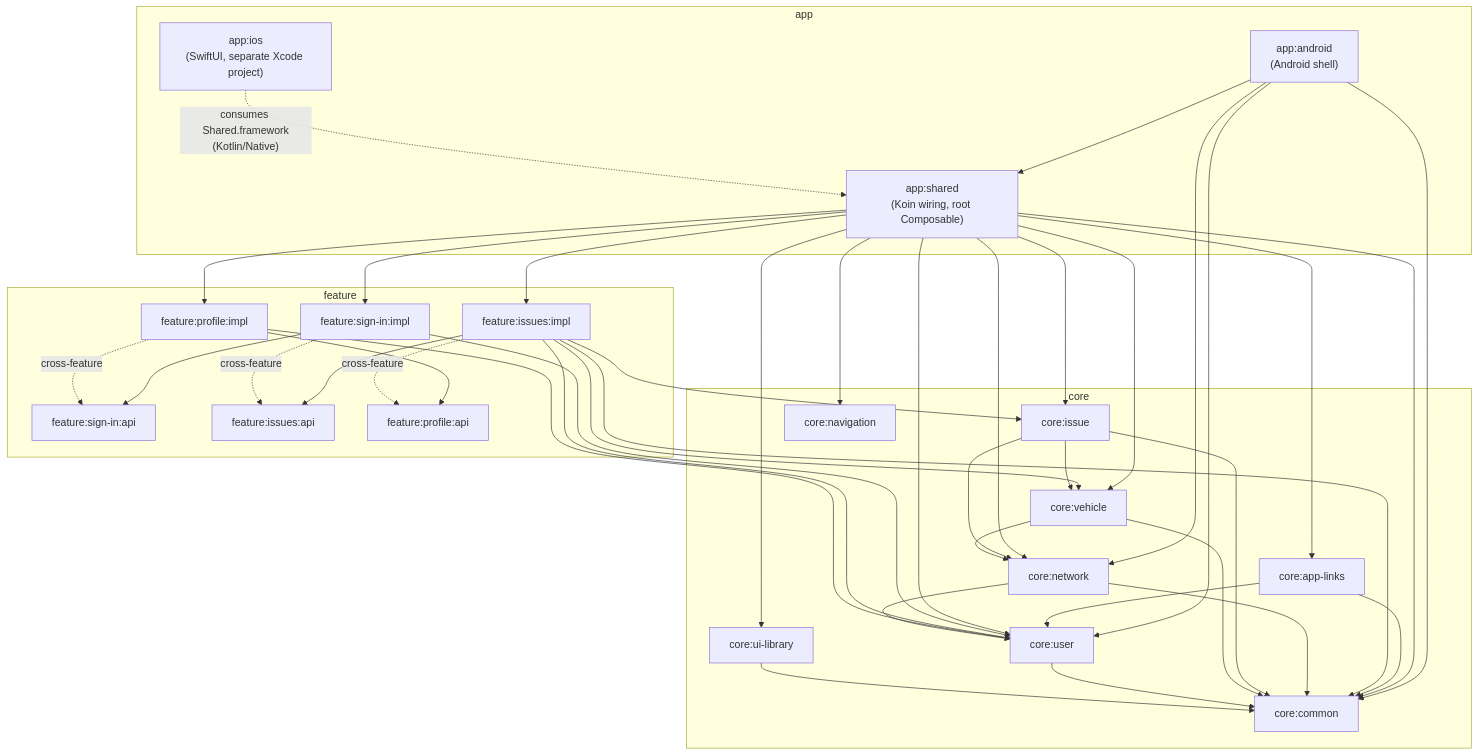
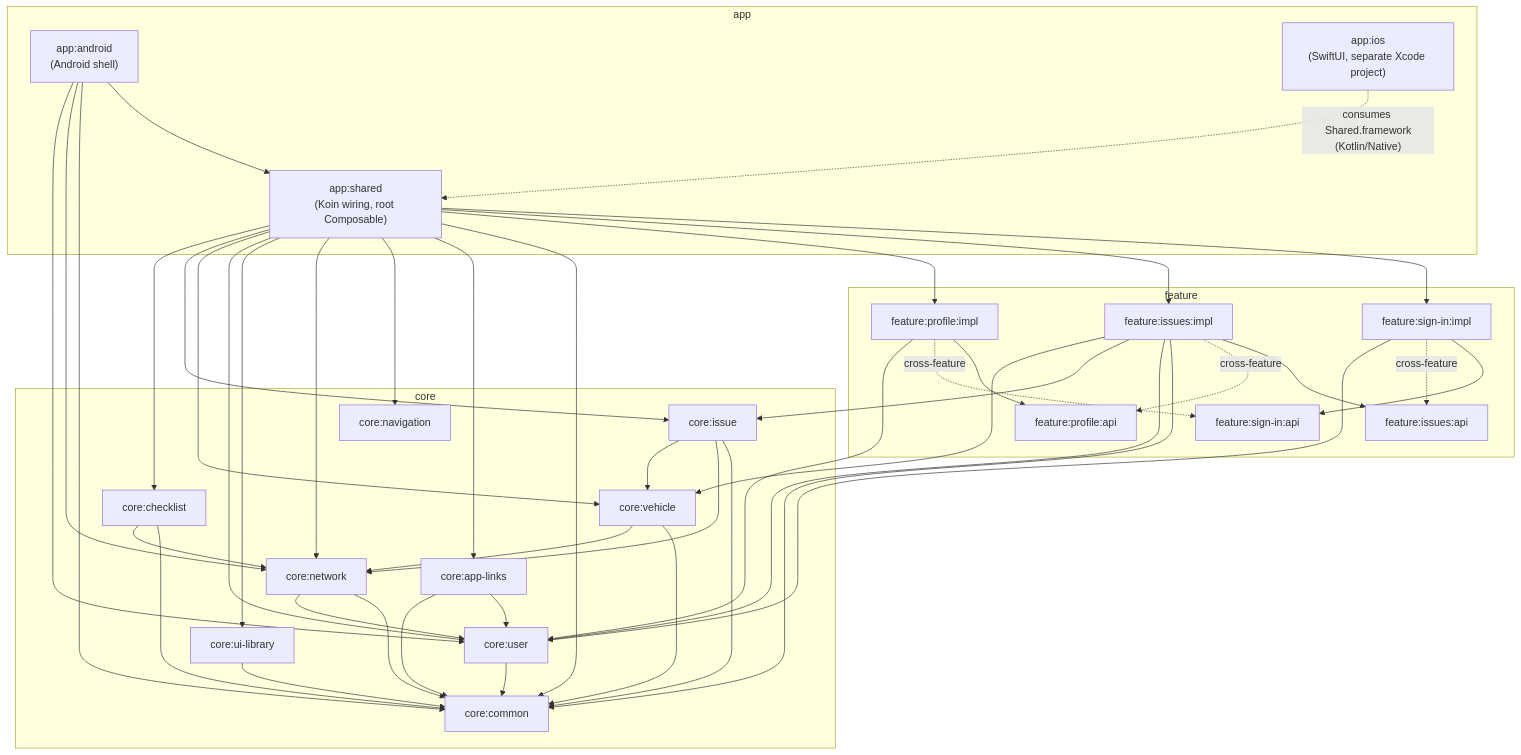
The diagram in app/README.md (piskula/TruckerTracker), drawn with Mermaid before and after one commit. The commit also changed 18 other files, not shown here.

First line of the commit message:
Add core:checklist client module

````diff
--- a/app/README.md
+++ b/app/README.md
@@ -217,73 +217,77 @@
 ```mermaid
 graph TD
     subgraph App["app"]
         android["app:android<br/>(Android shell)"]
         shared["app:shared<br/>(Koin wiring, root Composable)"]
         ios["app:ios<br/>(SwiftUI, separate Xcode project)"]
     end
 
     subgraph Feature["feature"]
         signInApi["feature:sign-in:api"]
         signInImpl["feature:sign-in:impl"]
         issuesApi["feature:issues:api"]
         issuesImpl["feature:issues:impl"]
         profileApi["feature:profile:api"]
         profileImpl["feature:profile:impl"]
     end
 
     subgraph Core["core"]
         appLinks["core:app-links"]
         common["core:common"]
         network["core:network"]
         user["core:user"]
         vehicle["core:vehicle"]
         issue["core:issue"]
+        checklist["core:checklist"]
         navigation["core:navigation"]
         uiLibrary["core:ui-library"]
     end
 
     android --> shared
     android --> common
     android --> network
     android --> user
     ios -. "consumes Shared.framework<br/>(Kotlin/Native)" .-> shared
 
     shared --> signInImpl
     shared --> issuesImpl
     shared --> profileImpl
     shared --> common
     shared --> appLinks
     appLinks --> user
     appLinks --> common
     shared --> navigation
     shared --> network
     shared --> uiLibrary
     shared --> user
     shared --> vehicle
     shared --> issue
+    shared --> checklist
 
     signInImpl --> signInApi
     issuesImpl --> issuesApi
     profileImpl --> profileApi
 
     signInImpl -.->|cross-feature| issuesApi
     issuesImpl -.->|cross-feature| profileApi
     profileImpl -.->|cross-feature| signInApi
 
     signInImpl --> user
     issuesImpl --> common
     issuesImpl --> user
     issuesImpl --> issue
     issuesImpl --> vehicle
     profileImpl --> user
 
     network --> common
     network --> user
     issue --> common
     issue --> network
     issue --> vehicle
     vehicle --> common
     vehicle --> network
+    checklist --> common
+    checklist --> network
     user --> common
     uiLibrary --> common
 ```
````
